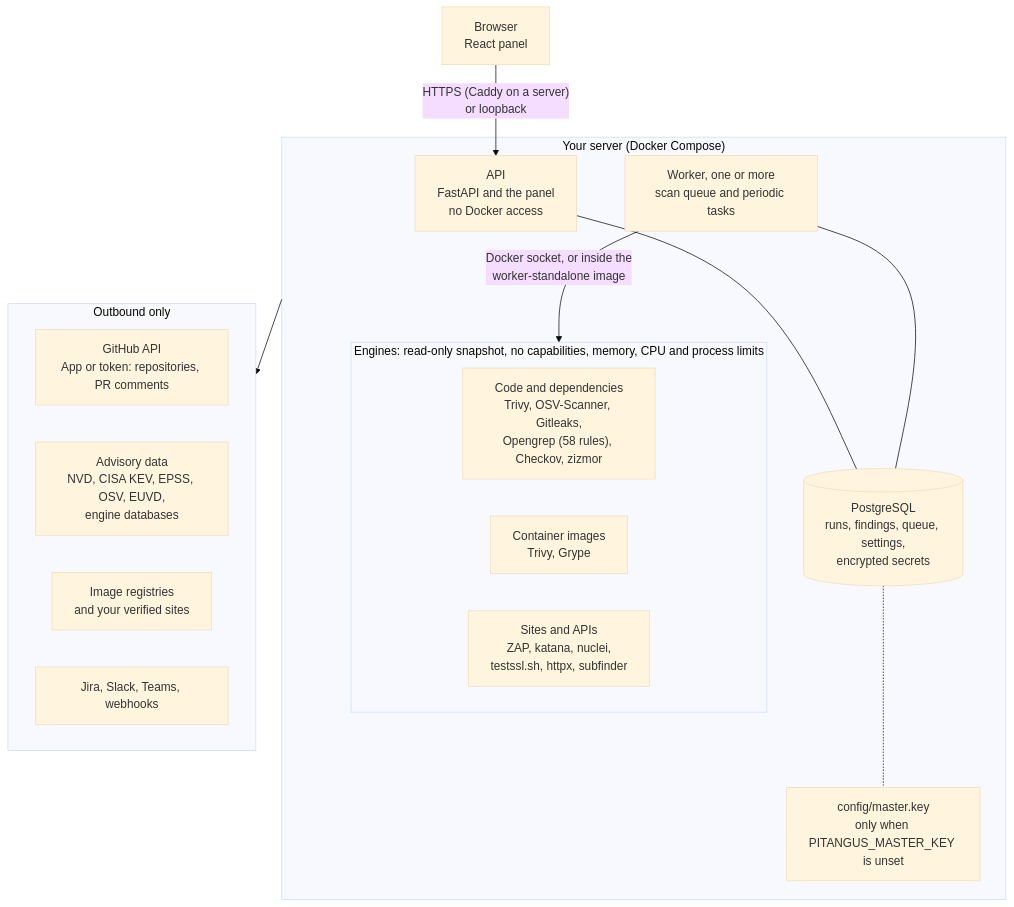
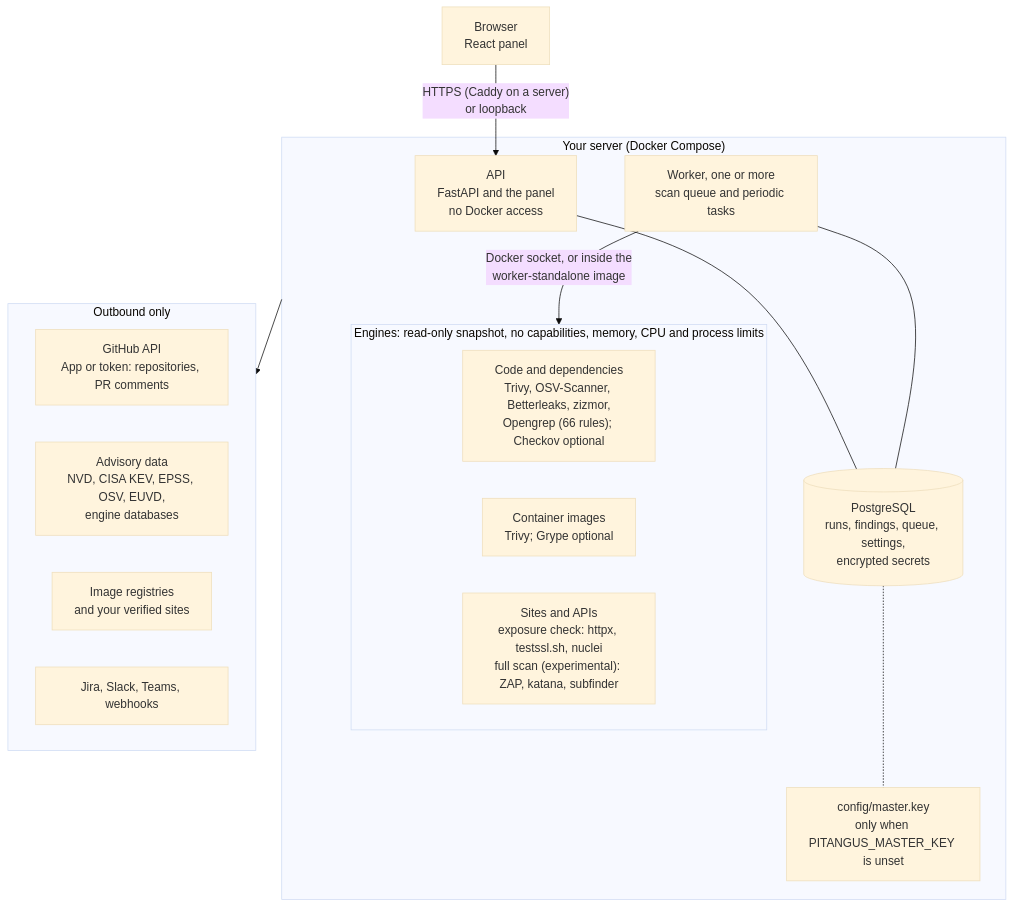
One commit to Pitangus-Dev/pitangus changed the diagram in docs/architecture.md. Above: the diagram before and after it, drawn with Mermaid (base theme). The commit also changed other lines of this file and 685 other files, not shown here.

````diff
--- a/docs/architecture.md
+++ b/docs/architecture.md
@@ -11,31 +11,31 @@
 ```mermaid
 flowchart TB
   browser["Browser<br/>React panel"]
 
   subgraph host["Your server (Docker Compose)"]
     api["API<br/>FastAPI and the panel<br/>no Docker access"]
     db[("PostgreSQL<br/>runs, findings, queue, settings,<br/>encrypted secrets")]
     worker["Worker, one or more<br/>scan queue and periodic tasks"]
     key["config/master.key<br/>only when PITANGUS_MASTER_KEY is unset"]
     api --- db
     worker --- db
     db -.- key
     subgraph engines["Engines: read-only snapshot, no capabilities, memory, CPU and process limits"]
-      code["Code and dependencies<br/>Trivy, OSV-Scanner, Gitleaks,<br/>Opengrep (58 rules), Checkov, zizmor"]
-      images["Container images<br/>Trivy, Grype"]
-      web["Sites and APIs<br/>ZAP, katana, nuclei,<br/>testssl.sh, httpx, subfinder"]
+      code["Code and dependencies<br/>Trivy, OSV-Scanner, Betterleaks, zizmor,<br/>Opengrep (66 rules); Checkov optional"]
+      images["Container images<br/>Trivy; Grype optional"]
+      web["Sites and APIs<br/>exposure check: httpx, testssl.sh, nuclei<br/>full scan (experimental): ZAP, katana, subfinder"]
     end
     worker -- "Docker socket, or inside the<br/>worker-standalone image" --> engines
   end
 
   browser -- "HTTPS (Caddy on a server)<br/>or loopback" --> api
 
   subgraph outbound["Outbound only"]
     github["GitHub API<br/>App or token: repositories, PR comments"]
     feeds["Advisory data<br/>NVD, CISA KEV, EPSS, OSV, EUVD,<br/>engine databases"]
     targets["Image registries<br/>and your verified sites"]
     notify["Jira, Slack, Teams, webhooks"]
   end
 
   host --> outbound
 ```
````
